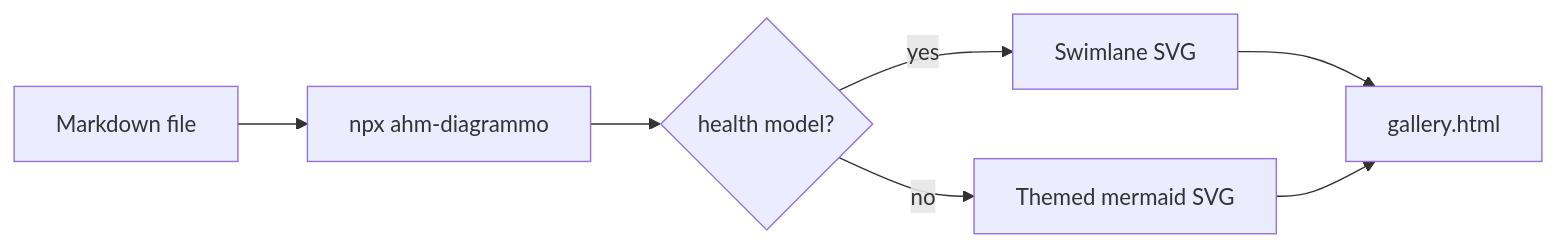
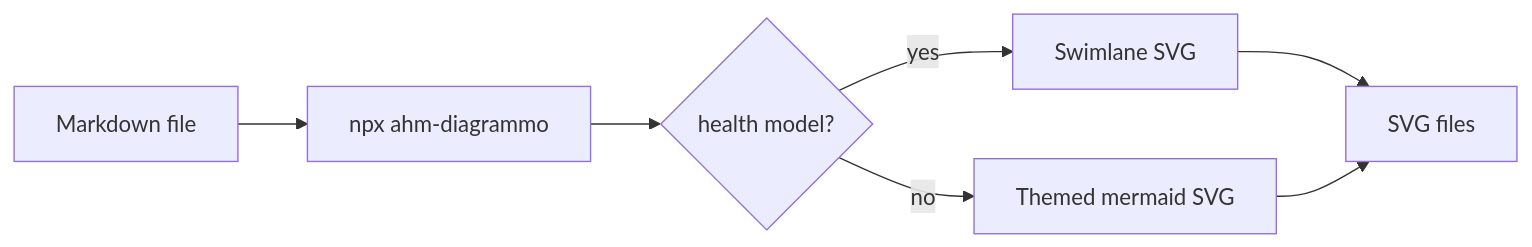
Before and after one commit to abossard/ahm-diagrammo: the sixth of 6 diagrams in examples/showcase.md, drawn with Mermaid. The commit also changed other lines of this file and 54 other files, not shown here.

First line of the commit message:
feat: improve diagram rendering and replay

````diff
--- a/examples/showcase.md
+++ b/examples/showcase.md
@@ -129,9 +129,9 @@
 ```mermaid slate
 flowchart LR
     md[Markdown file] --> cli[npx ahm-diagrammo]
     cli --> auto{health model?}
     auto -- yes --> swim[Swimlane SVG]
     auto -- no --> mmd[Themed mermaid SVG]
-    swim --> gallery[gallery.html]
-    mmd --> gallery
+    swim --> svgs[SVG files]
+    mmd --> svgs
 ```
````
